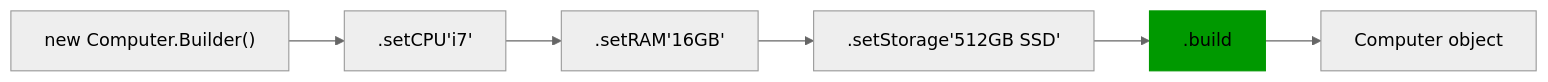
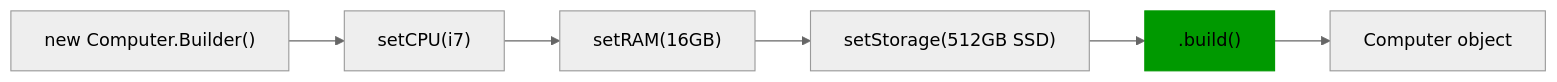
Diagram 22 of 40 in Engineering concepts/learning/engineering-concepts-summary.md (jattu8602/DeepSkilling), drawn with Mermaid (neutral theme) before and after one commit. The commit also changed other lines of this file, not shown here.

````diff
--- a/Engineering concepts/learning/engineering-concepts-summary.md
+++ b/Engineering concepts/learning/engineering-concepts-summary.md
@@ -350,10 +368,10 @@
 ```mermaid
 flowchart LR
-    A["new Computer.Builder()"] --> B[.setCPU'i7']
-    B --> C[.setRAM'16GB']
-    C --> D[.setStorage'512GB SSD']
-    D --> E[.build]
-    E --> F[Computer object]
+    A["new Computer.Builder()"] --> B["setCPU(i7)"]
+    B --> C["setRAM(16GB)"]
+    C --> D["setStorage(512GB SSD)"]
+    D --> E[".build()"]
+    E --> F["Computer object"]
     
     style E fill:#090,stroke:#090
 ```
````
